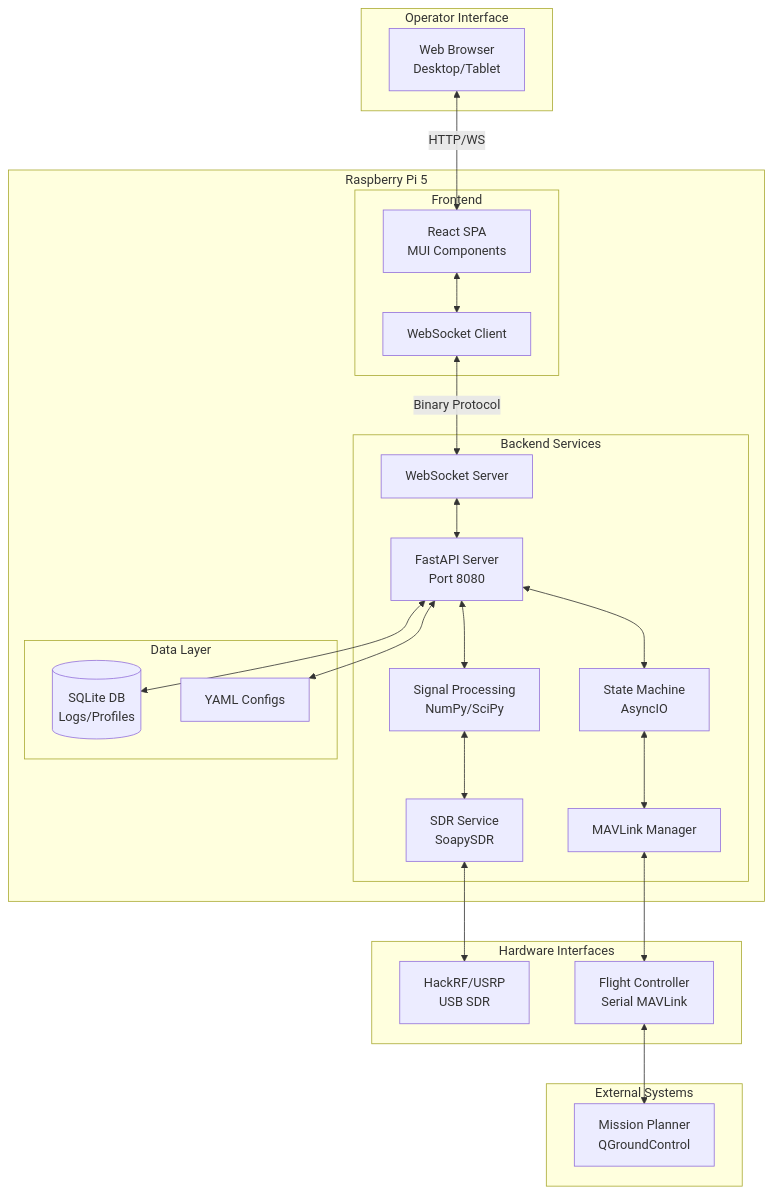
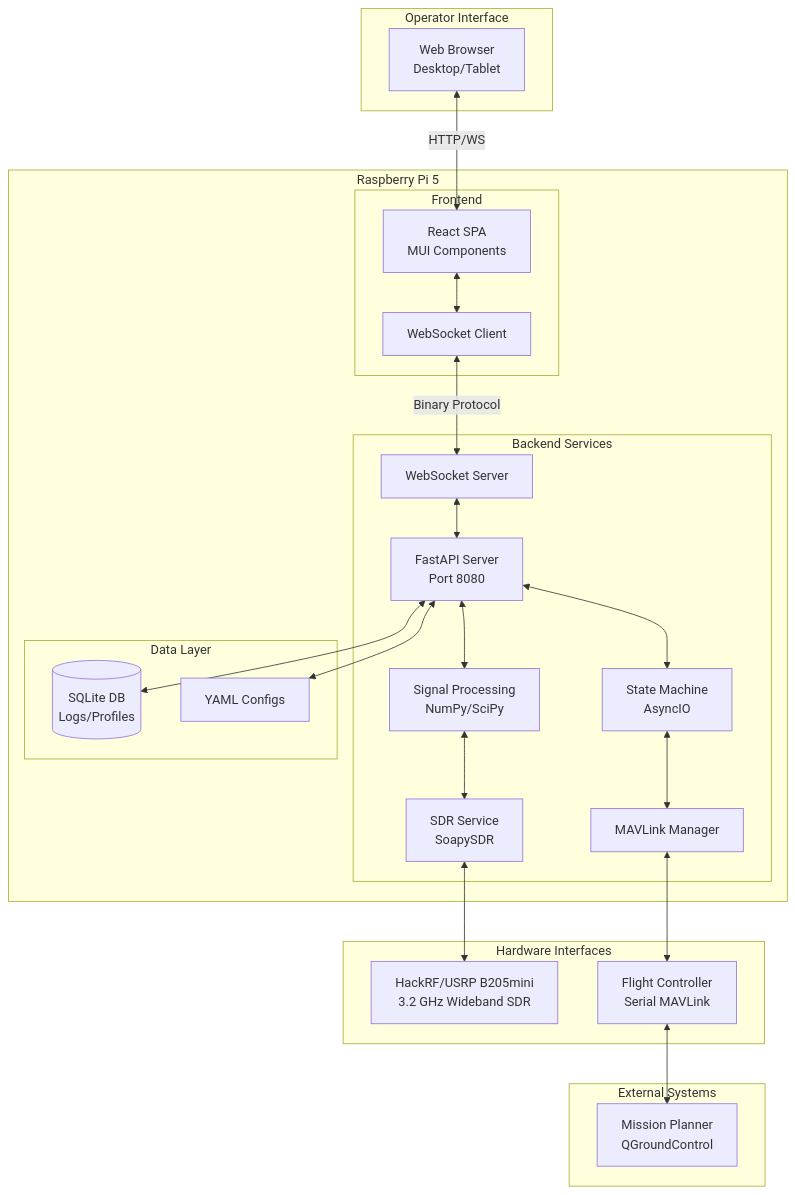
One commit to Graveside2022/pisad changed the first of 6 diagrams in docs/architecture.md. Above: the diagram before and after it, drawn with Mermaid. The commit also changed other lines of this file and 21 other files, not shown here.

````diff
--- a/docs/architecture.md
+++ b/docs/architecture.md
@@ -134,50 +134,50 @@
 ```mermaid
 graph TB
     subgraph "Operator Interface"
         Browser[Web Browser<br/>Desktop/Tablet]
     end
 
     subgraph "Raspberry Pi 5"
         subgraph "Frontend"
             React[React SPA<br/>MUI Components]
             WS_Client[WebSocket Client]
         end
 
         subgraph "Backend Services"
             FastAPI[FastAPI Server<br/>Port 8080]
             WS_Server[WebSocket Server]
             SDR_Service[SDR Service<br/>SoapySDR]
             Signal_Proc[Signal Processing<br/>NumPy/SciPy]
             MAVLink[MAVLink Manager]
             State_Machine[State Machine<br/>AsyncIO]
         end
 
         subgraph "Data Layer"
             SQLite[(SQLite DB<br/>Logs/Profiles)]
             Config[YAML Configs]
         end
     end
 
     subgraph "Hardware Interfaces"
-        SDR_HW[HackRF/USRP<br/>USB SDR]
+        SDR_HW[HackRF/USRP B205mini<br/>3.2 GHz Wideband SDR]
         FC[Flight Controller<br/>Serial MAVLink]
     end
 
     subgraph "External Systems"
         GCS[Mission Planner<br/>QGroundControl]
     end
 
     Browser <-->|HTTP/WS| React
     React <--> WS_Client
     WS_Client <-->|Binary Protocol| WS_Server
     WS_Server <--> FastAPI
     FastAPI <--> Signal_Proc
     FastAPI <--> State_Machine
     Signal_Proc <--> SDR_Service
     SDR_Service <--> SDR_HW
     State_Machine <--> MAVLink
     MAVLink <--> FC
     FC <--> GCS
     FastAPI <--> SQLite
     FastAPI <--> Config
 ```
````
